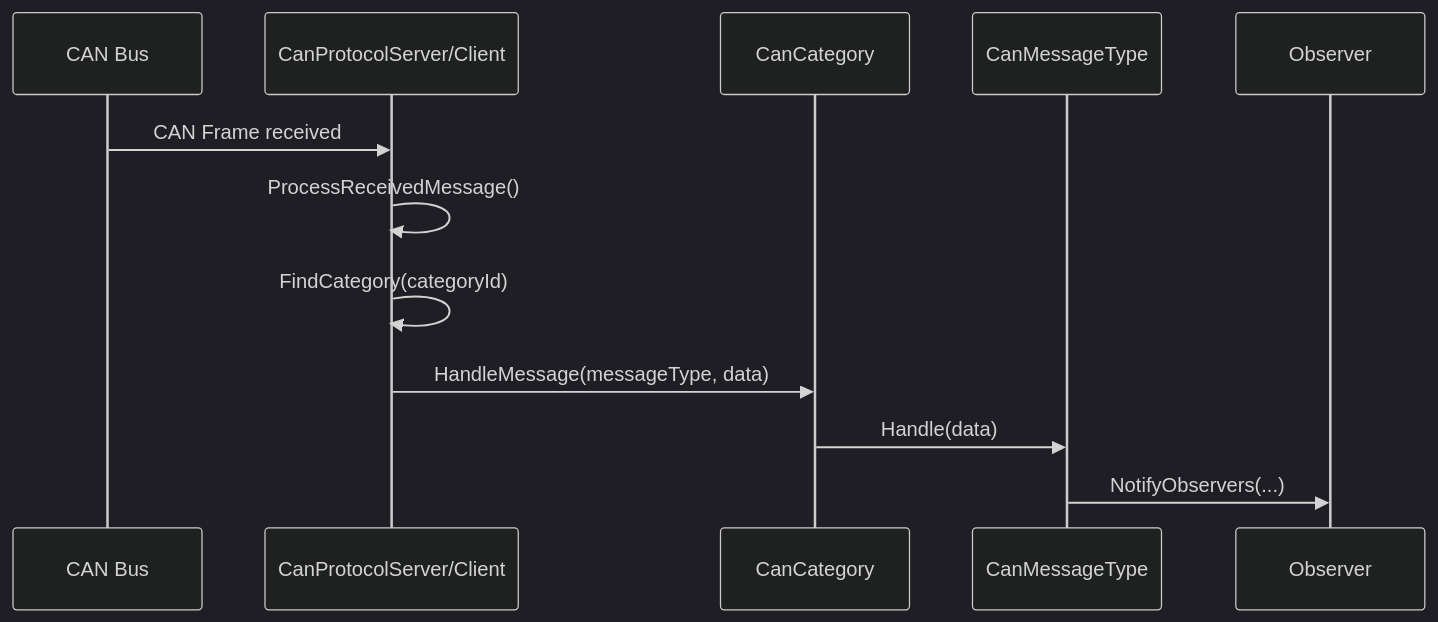
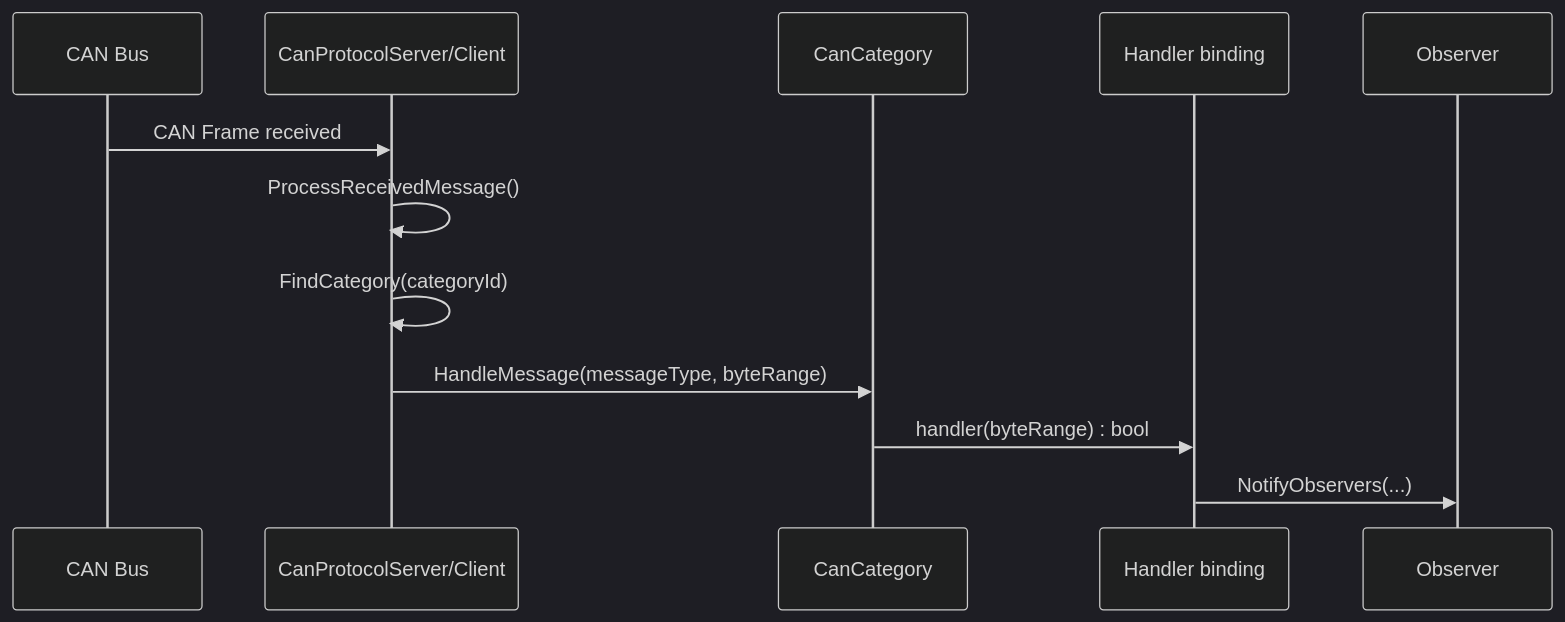
One commit to embedded-pro/can-lite changed the third of 4 diagrams in documents/design/architecture.md. Above: the diagram before and after it, drawn with Mermaid (dark theme). The commit also changed other lines of this file and 8 other files, not shown here.

````diff
--- a/documents/design/architecture.md
+++ b/documents/design/architecture.md
@@ -102,15 +141,15 @@
 ```mermaid
 sequenceDiagram
     participant Bus as CAN Bus
     participant Proto as CanProtocolServer/Client
     participant Cat as CanCategory
-    participant Msg as CanMessageType
+    participant Msg as Handler binding
     participant Obs as Observer
 
     Bus->>Proto: CAN Frame received
     Proto->>Proto: ProcessReceivedMessage()
     Proto->>Proto: FindCategory(categoryId)
-    Proto->>Cat: HandleMessage(messageType, data)
-    Cat->>Msg: Handle(data)
+    Proto->>Cat: HandleMessage(messageType, byteRange)
+    Cat->>Msg: handler(byteRange) : bool
     Msg->>Obs: NotifyObservers(...)
 ```
````
